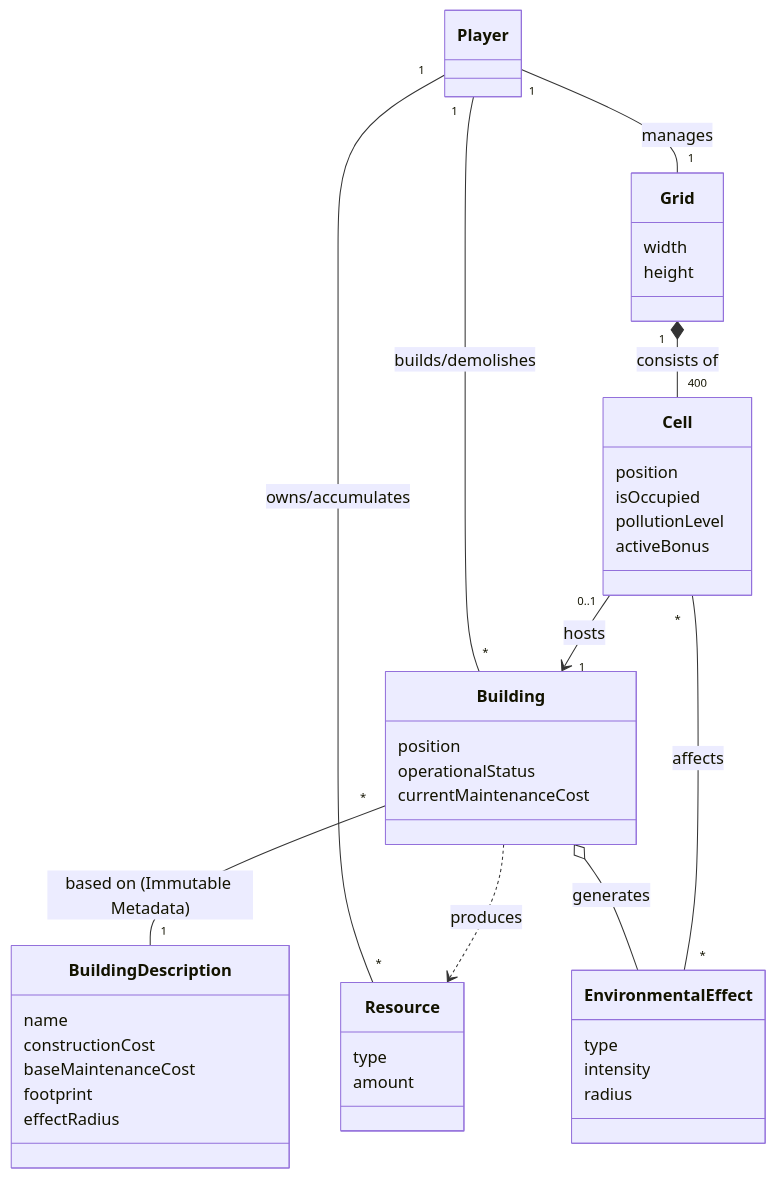
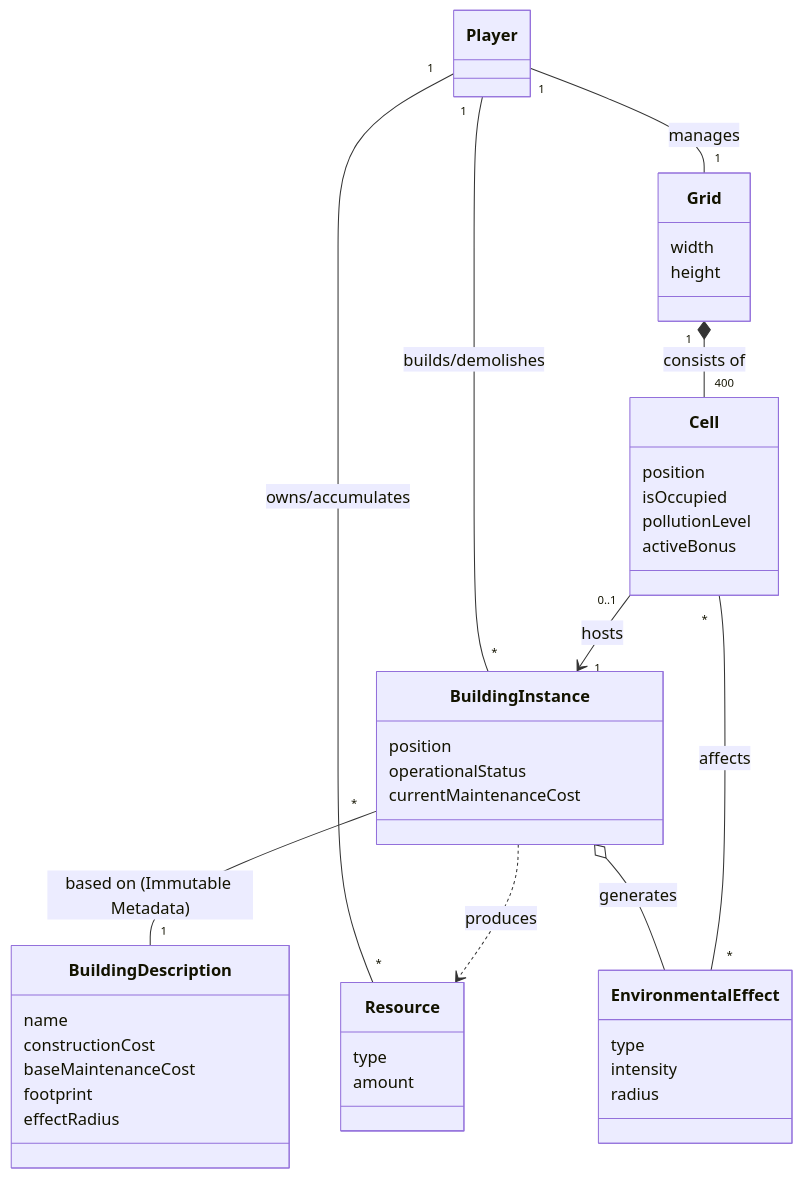
The first of 3 diagrams in docs/design-document.md (LeonardoBellan/CityLogic), drawn with Mermaid before and after one commit. The commit also changed other lines of this file and 7 other files, not shown here.

Commit message:
Updated UML and code

````diff
--- a/docs/design-document.md
+++ b/docs/design-document.md
@@ -3,68 +3,68 @@
 ```mermaid
 %%{init: {
   'theme': 'base',
   'themeVariables': {
     'primaryColor': '#f9f9f9',
     'strokeColor': '#333333',
     'lineColor': '#555555',
     'fontSize': '13px',
   },
   'config': { 'layout': 'orthogonal' }
 }}%%
 classDiagram
     direction TB
 
     class Player
 
     class Resource {
         type
         amount
     }
 
     %% Map
     class Cell {
         position
         isOccupied
         pollutionLevel
         activeBonus
     }
 
     class Grid {
         width
         height
     }
 
     %% Buildings
-    class Building {
+    class BuildingInstance {
         position
         operationalStatus
         currentMaintenanceCost
     }
 
     class BuildingDescription {
         name
         constructionCost
         baseMaintenanceCost
         footprint
         effectRadius
     }
 
     class EnvironmentalEffect {
         type
         intensity
         radius
     }
 
 
     %% %%
     Player "1" -- "1" Grid : manages
     Player "1" -- "*" Resource : owns/accumulates
-    Player "1" -- "*" Building : builds/demolishes
+    Player "1" -- "*" BuildingInstance : builds/demolishes
     Grid "1" *-- "400" Cell : consists of
 
-    Cell "0..1" --> "1" Building : hosts
-    Building "*" -- "1" BuildingDescription : based on (Immutable Metadata)
-    Building ..> Resource : produces
-    Building o-- EnvironmentalEffect : generates
+    Cell "0..1" --> "1" BuildingInstance : hosts
+    BuildingInstance "*" -- "1" BuildingDescription : based on (Immutable Metadata)
+    BuildingInstance ..> Resource : produces
+    BuildingInstance o-- EnvironmentalEffect : generates
     EnvironmentalEffect "*" -- "*" Cell : affects
 ```
````
